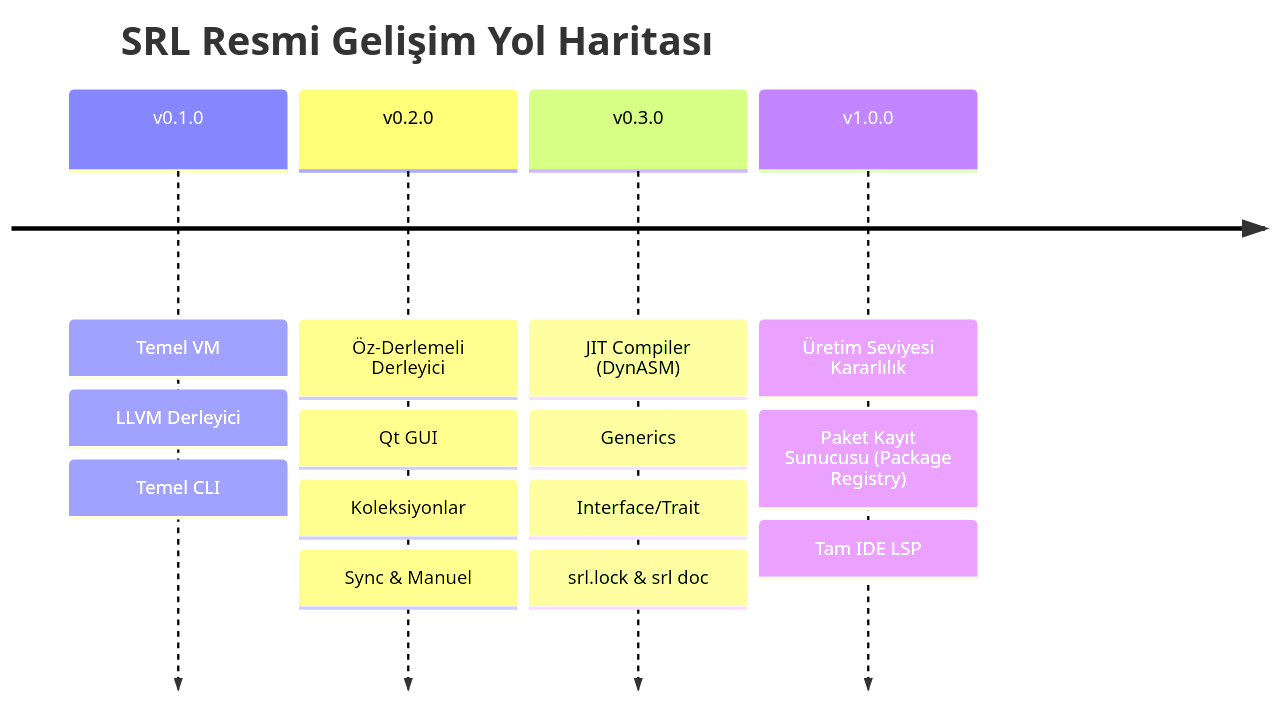
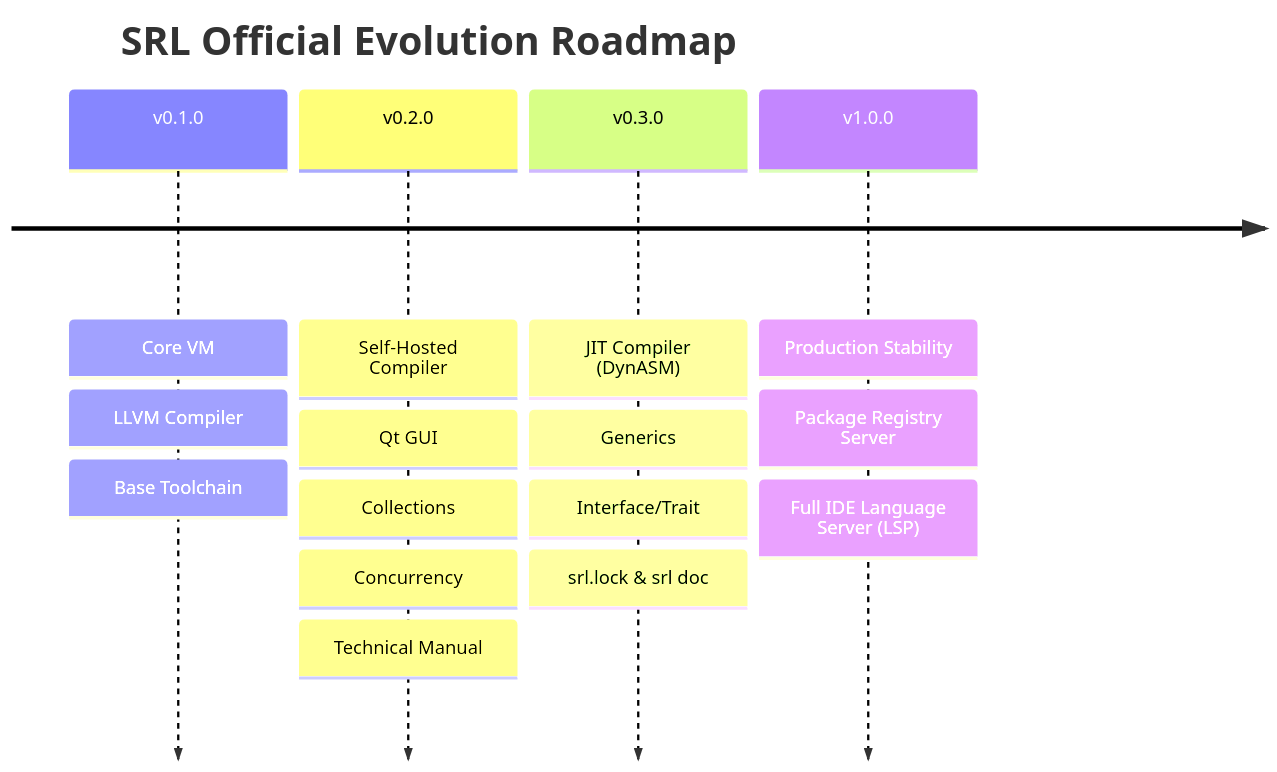
The second of 2 diagrams in SRL_LANGUAGE_MANUAL.md (srl-lang/srl-lang), drawn with Mermaid before and after one commit. The commit also changed other lines of this file and 2 other files, not shown here.

Commit message:
fix(cli): Fix srl doc console character encoding and translate SRL_LANGUAGE_MANUAL.md to English

````diff
--- a/SRL_LANGUAGE_MANUAL.md
+++ b/SRL_LANGUAGE_MANUAL.md
@@ -247,8 +283,8 @@
 ```mermaid
 timeline
-    title SRL Resmi Gelişim Yol Haritası
-    v0.1.0 : Temel VM : LLVM Derleyici : Temel CLI
-    v0.2.0 : Öz-Derlemeli Derleyici : Qt GUI : Koleksiyonlar : Sync & Manuel
+    title SRL Official Evolution Roadmap
+    v0.1.0 : Core VM : LLVM Compiler : Base Toolchain
+    v0.2.0 : Self-Hosted Compiler : Qt GUI : Collections : Concurrency : Technical Manual
     v0.3.0 : JIT Compiler (DynASM) : Generics : Interface/Trait : srl.lock & srl doc
-    v1.0.0 : Üretim Seviyesi Kararlılık : Paket Kayıt Sunucusu (Package Registry) : Tam IDE LSP
+    v1.0.0 : Production Stability : Package Registry Server : Full IDE Language Server (LSP)
 ```
````
